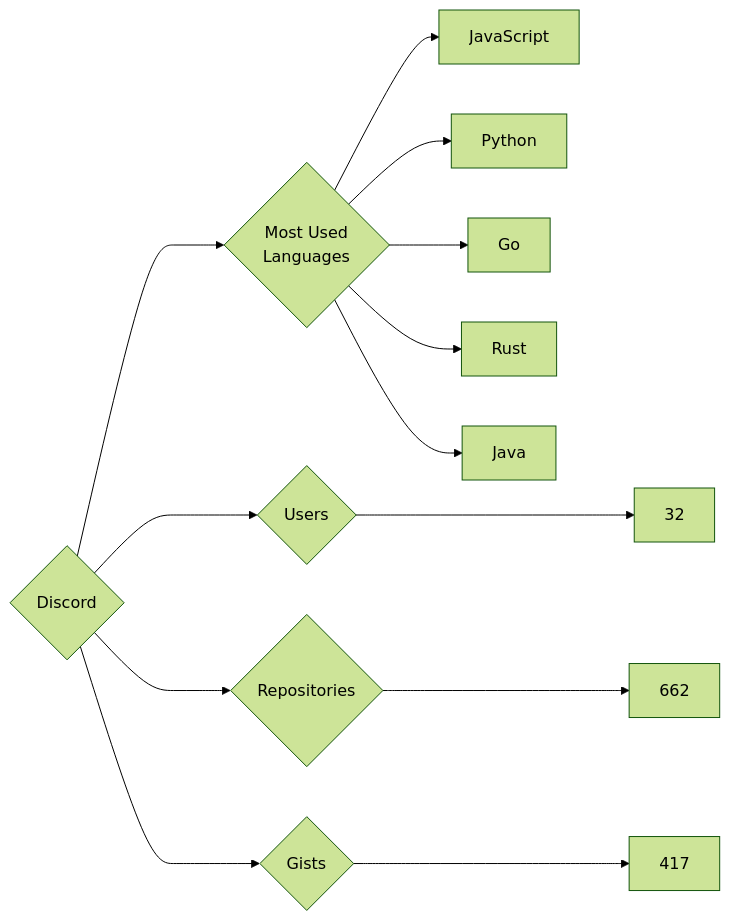
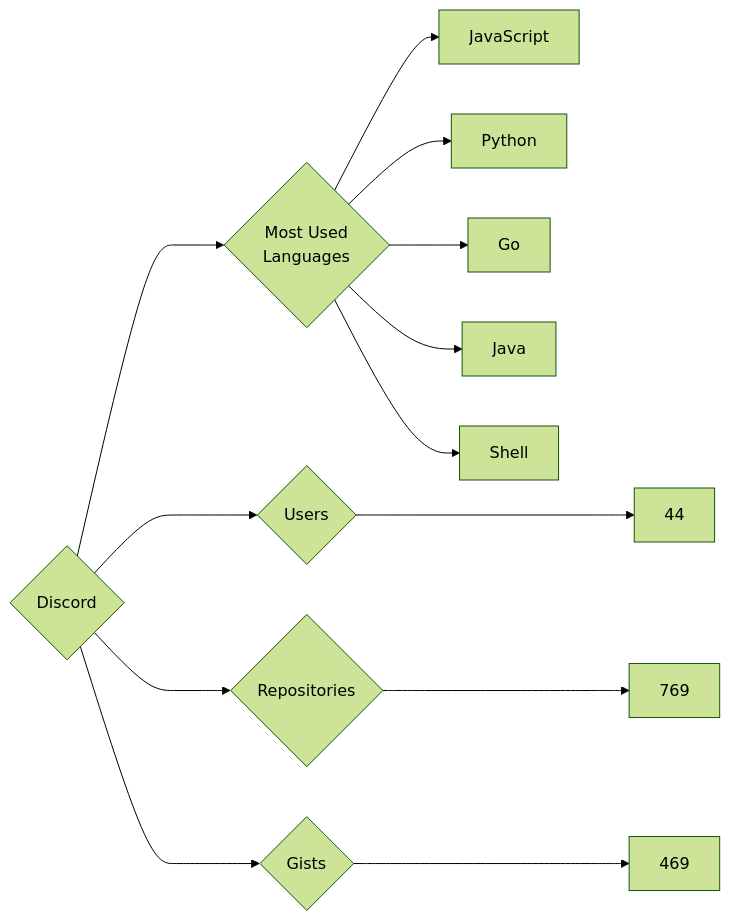
The diagram in targets/Discord/README.md (trickest/insiders), drawn with Mermaid (forest theme) before and after one commit. The commit also changed 681 other files, not shown here.

````diff
--- a/targets/Discord/README.md
+++ b/targets/Discord/README.md
@@ -3,13 +3,13 @@
 ```mermaid
 graph LR
 COMPANY_NAME{Discord}
-COMPANY_NAME ---> U{Users} ---> UN[32]
-COMPANY_NAME ---> R{Repositories} ---> RN[662]
-COMPANY_NAME ---> G{Gists} ---> GN[417]
+COMPANY_NAME ---> U{Users} ---> UN[44]
+COMPANY_NAME ---> R{Repositories} ---> RN[769]
+COMPANY_NAME ---> G{Gists} ---> GN[469]
 COMPANY_NAME ---> ML{Most Used<br>Languages}
 ML --> JavaScript[JavaScript]
 ML --> Python[Python]
 ML --> Go[Go]
-ML --> Rust[Rust]
 ML --> Java[Java]
+ML --> Shell[Shell]
 ```
````
